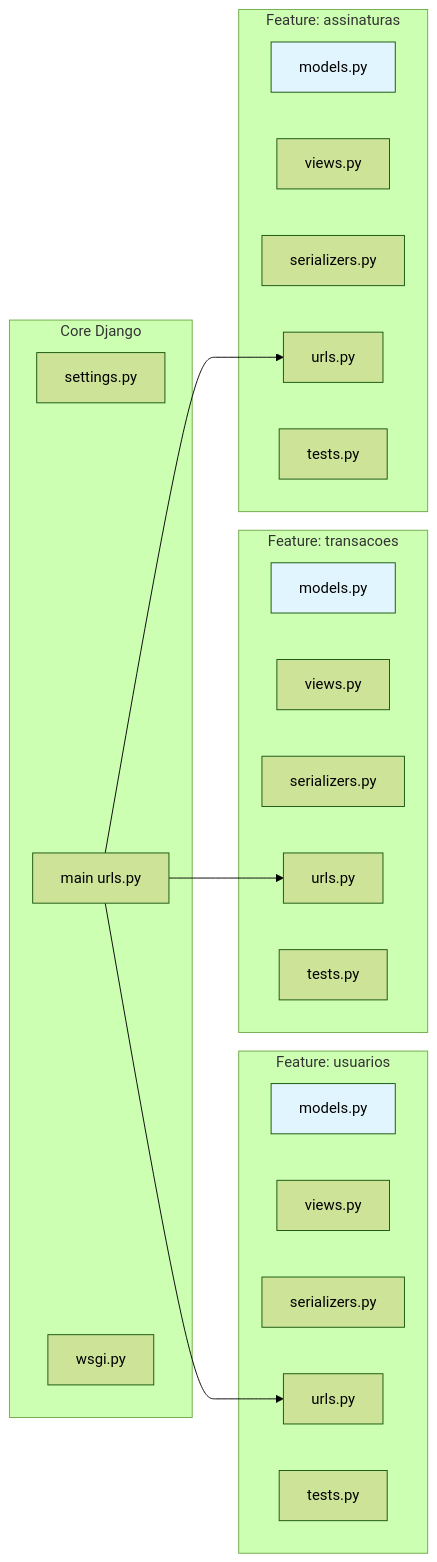
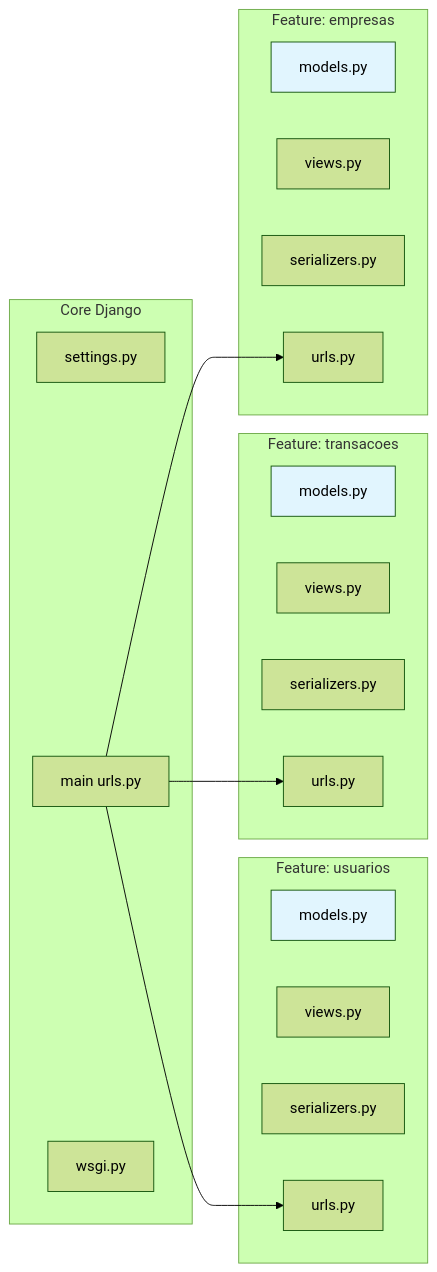
The third of 8 diagrams in docs/architecture-diagrams.md (vinicius00franco/doc-es3-gestao-empresas-financeiro), drawn with Mermaid (forest theme) before and after one commit. The commit also changed other lines of this file and 3 other files, not shown here.

First line of the commit message:
Refactor frontend documentation and improve architecture overview

````diff
--- a/docs/architecture-diagrams.md
+++ b/docs/architecture-diagrams.md
@@ -121,40 +102,37 @@
 ```mermaid
 graph LR
     subgraph "Feature: usuarios"
         U_MODELS[models.py]
         U_VIEWS[views.py]
         U_SERIALIZERS[serializers.py]
         U_URLS[urls.py]
-        U_TESTS[tests.py]
     end
 
     subgraph "Feature: transacoes"
         T_MODELS[models.py]
         T_VIEWS[views.py]
         T_SERIALIZERS[serializers.py]
         T_URLS[urls.py]
-        T_TESTS[tests.py]
     end
 
-    subgraph "Feature: assinaturas"
-        S_MODELS[models.py]
-        S_VIEWS[views.py]
-        S_SERIALIZERS[serializers.py]
-        S_URLS[urls.py]
-        S_TESTS[tests.py]
+    subgraph "Feature: empresas"
+        E_MODELS[models.py]
+        E_VIEWS[views.py]
+        E_SERIALIZERS[serializers.py]
+        E_URLS[urls.py]
     end
 
     subgraph "Core Django"
         SETTINGS[settings.py]
         MAIN_URLS[main urls.py]
         WSGI[wsgi.py]
     end
 
     MAIN_URLS --> U_URLS
     MAIN_URLS --> T_URLS
-    MAIN_URLS --> S_URLS
+    MAIN_URLS --> E_URLS
 
     style U_MODELS fill:#e1f5fe
     style T_MODELS fill:#e1f5fe
-    style S_MODELS fill:#e1f5fe
+    style E_MODELS fill:#e1f5fe
 ```
````
